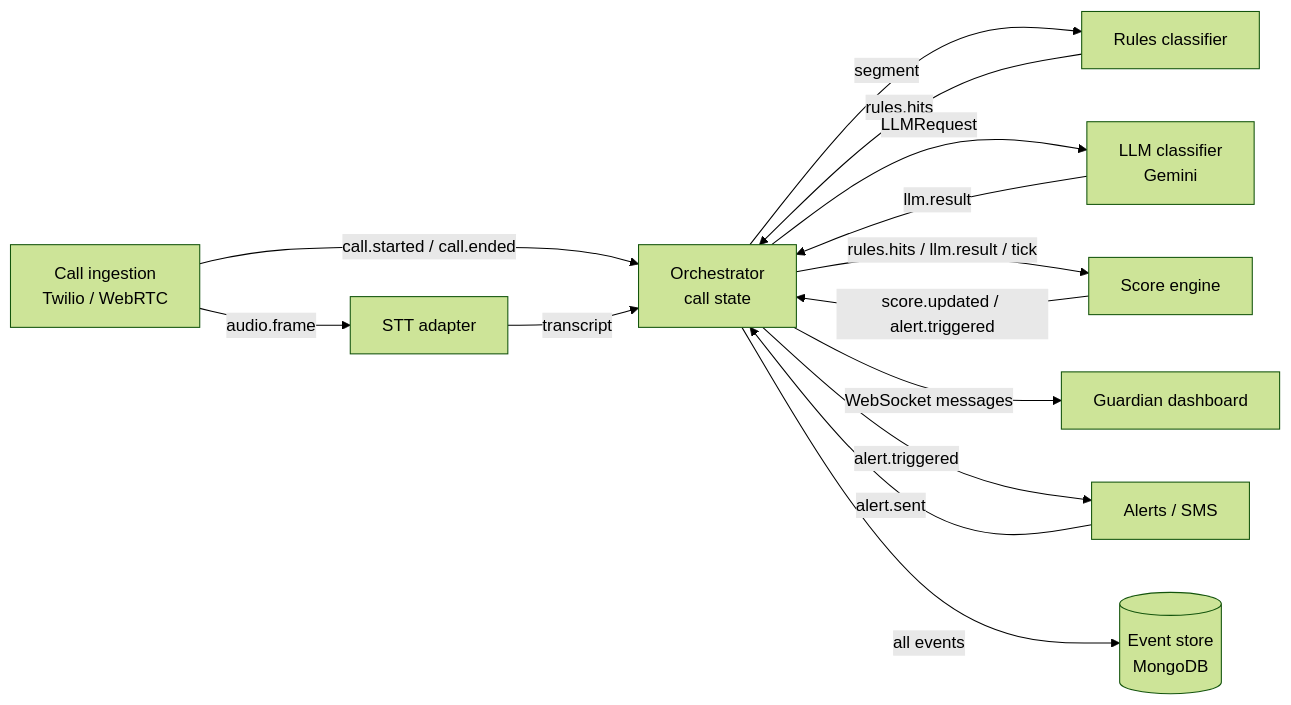
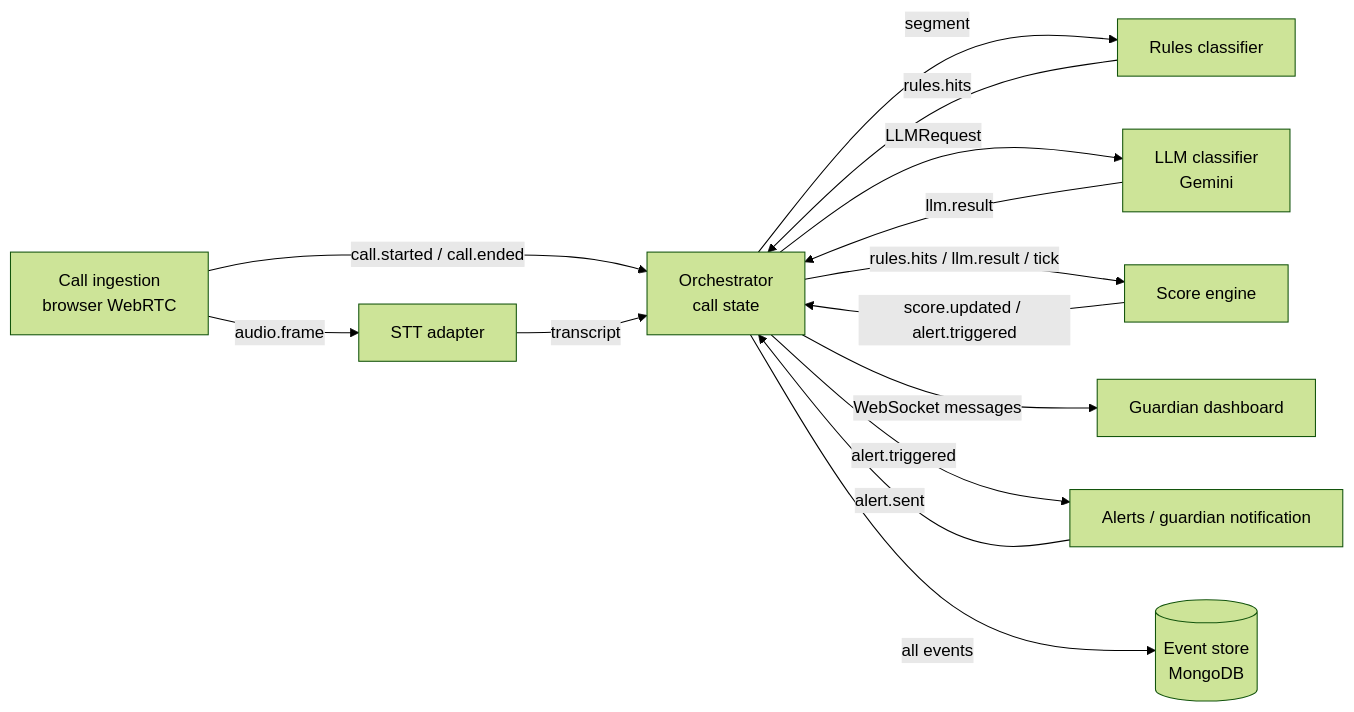
One commit to Philluc123/Gaurdian-Loop-SHX changed the diagram in docs/module-contracts.md. Above: the diagram before and after it, drawn with Mermaid (forest theme). The commit also changed other lines of this file and 46 other files, not shown here.

First line of the commit message:
feat(a): WebRTC call ingestion + Deepgram transcription

````diff
--- a/docs/module-contracts.md
+++ b/docs/module-contracts.md
@@ -16,16 +16,16 @@
 ```mermaid
 flowchart LR
-  TW[Call ingestion<br/>Twilio / WebRTC] -- audio.frame --> STT[STT adapter]
+  TW[Call ingestion<br/>browser WebRTC] -- audio.frame --> STT[STT adapter]
   TW -- call.started / call.ended --> ORC
   STT -- transcript --> ORC[Orchestrator<br/>call state]
   ORC -- segment --> RUL[Rules classifier]
   RUL -- rules.hits --> ORC
   ORC -- LLMRequest --> LLM[LLM classifier<br/>Gemini]
   LLM -- llm.result --> ORC
   ORC -- rules.hits / llm.result / tick --> SCO[Score engine]
   SCO -- score.updated / alert.triggered --> ORC
   ORC -- WebSocket messages --> DASH[Guardian dashboard]
-  ORC -- alert.triggered --> ALR[Alerts / SMS]
+  ORC -- alert.triggered --> ALR[Alerts / guardian notification]
   ALR -- alert.sent --> ORC
   ORC -- all events --> DB[(Event store<br/>MongoDB)]
 ```
````
